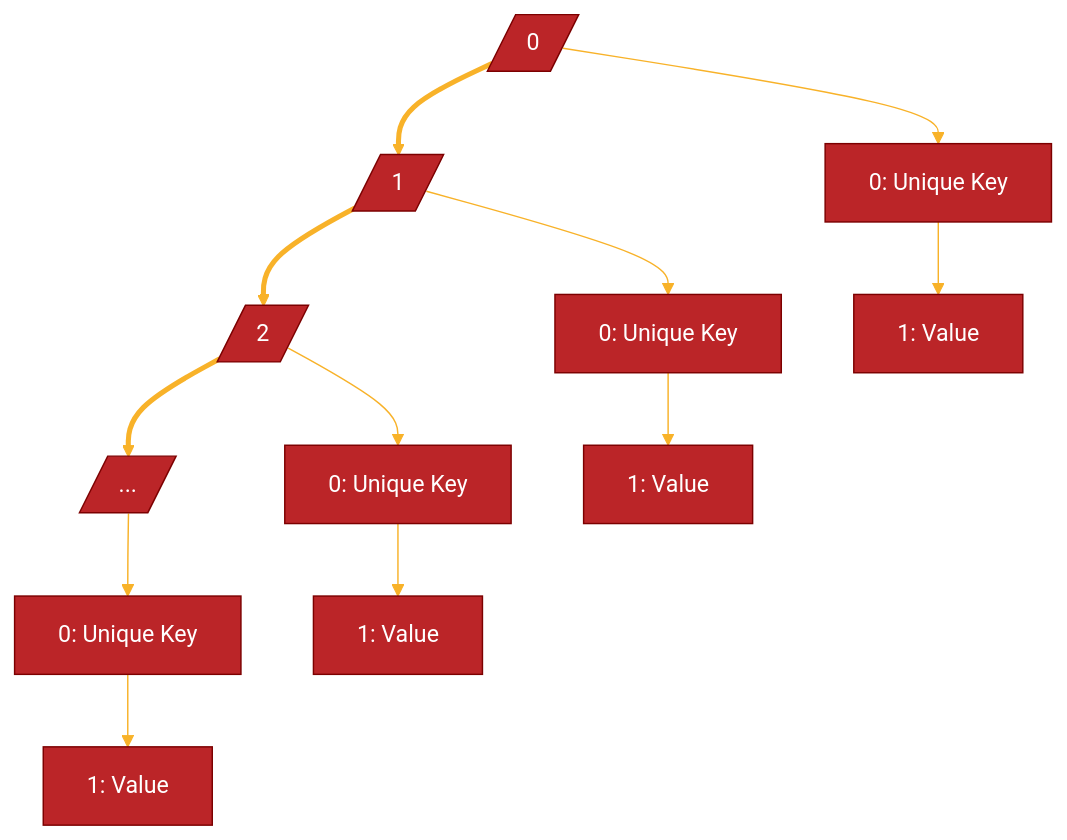
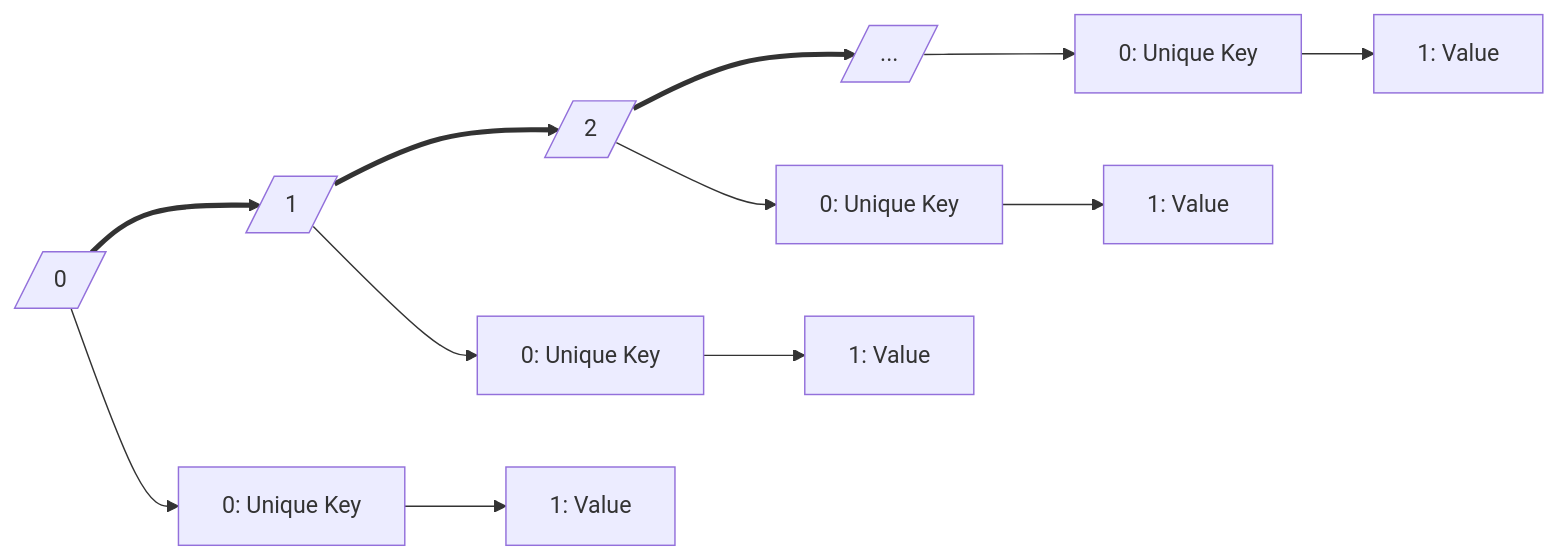
The diagram in README.md (R0mb0/Dictionary_classic_asp), drawn with Mermaid before and after one commit.

````diff
--- a/README.md
+++ b/README.md
@@ -18,27 +18,14 @@
 ```mermaid
-%%{
-  init: {
-    'theme': 'base',
-    'themeVariables': {
-      'primaryColor': '#BB2528',
-      'primaryTextColor': '#fff',
-      'primaryBorderColor': '#7C0000',
-      'lineColor': '#F8B229',
-      'secondaryColor': '#006100',
-      'tertiaryColor': '#fff'
-    }
-  }
-}%%
-graph TD;
+flowchart LR;
     A[/0/] ==> B[/1/]
     B ==> C[/2/]
     C ==> D[/.../]
     A --> E[0: Unique Key]
     E --> F[1: Value]
     B --> G[0: Unique Key]
     G --> H[1: Value]
     C --> I[0: Unique Key]
     I --> J[1: Value]
     D --> K[0: Unique Key]
     K --> L[1: Value]
 ```
````
